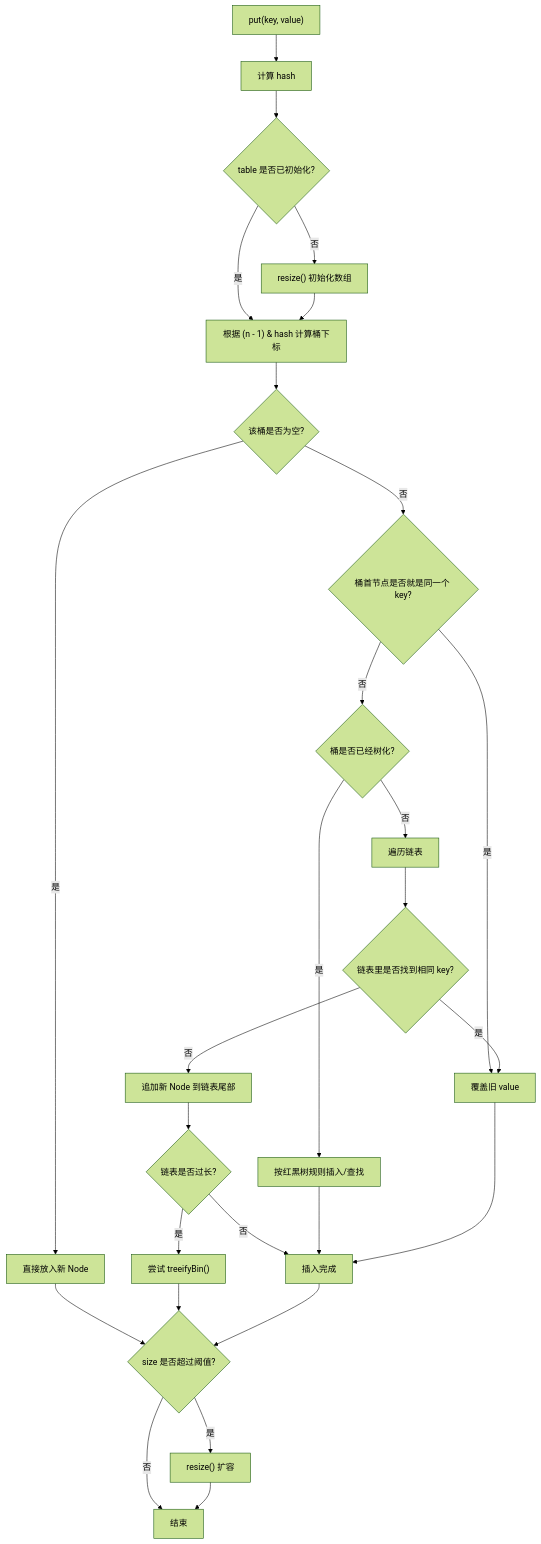
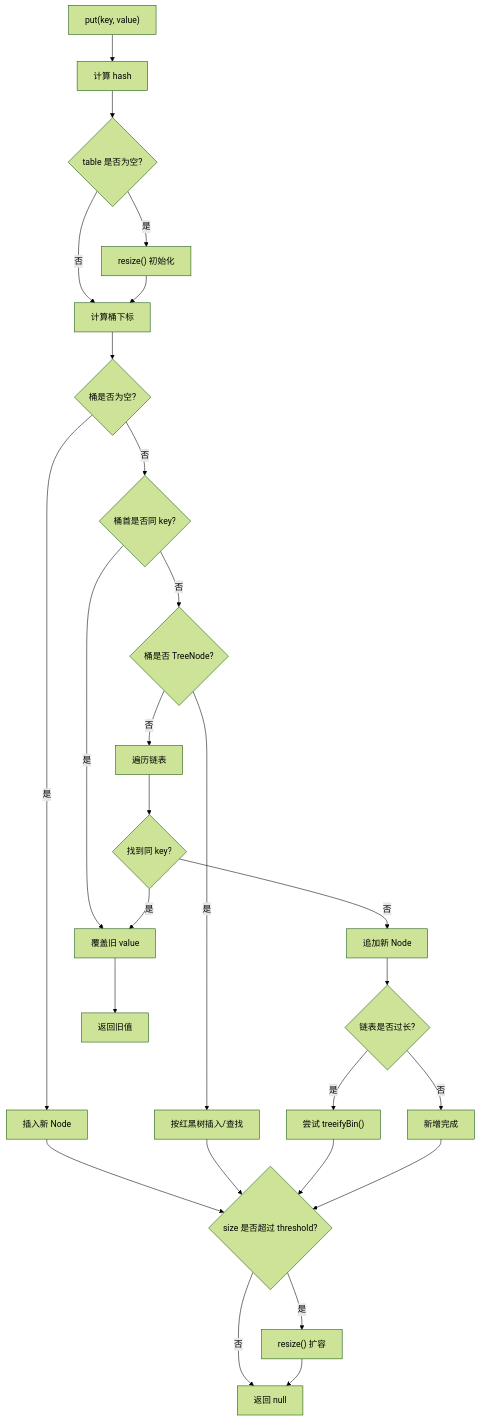
One commit to skt-shinyruo/java-learning changed the diagram in jdk/docs/hashmap.md. Above: the diagram before and after it, drawn with Mermaid (forest theme). The commit also changed other lines of this file and 4 other files, not shown here.

````diff
--- a/jdk/docs/hashmap.md
+++ b/jdk/docs/hashmap.md
@@ -171,29 +430,29 @@
 ```mermaid
 flowchart TD
     A["put(key, value)"] --> B["计算 hash"]
-    B --> C{"table 是否已初始化?"}
-    C -- "否" --> D["resize() 初始化数组"]
-    C -- "是" --> E["根据 (n - 1) & hash 计算桶下标"]
+    B --> C{"table 是否为空?"}
+    C -- "是" --> D["resize() 初始化"]
+    C -- "否" --> E["计算桶下标"]
     D --> E
-    E --> F{"该桶是否为空?"}
-    F -- "是" --> G["直接放入新 Node"]
-    F -- "否" --> H{"桶首节点是否就是同一个 key?"}
+    E --> F{"桶是否为空?"}
+    F -- "是" --> G["插入新 Node"]
+    F -- "否" --> H{"桶首是否同 key?"}
     H -- "是" --> I["覆盖旧 value"]
-    H -- "否" --> J{"桶是否已经树化?"}
-    J -- "是" --> K["按红黑树规则插入/查找"]
+    H -- "否" --> J{"桶是否 TreeNode?"}
+    J -- "是" --> K["按红黑树插入/查找"]
     J -- "否" --> L["遍历链表"]
-    L --> M{"链表里是否找到相同 key?"}
+    L --> M{"找到同 key?"}
     M -- "是" --> I
-    M -- "否" --> N["追加新 Node 到链表尾部"]
+    M -- "否" --> N["追加新 Node"]
     N --> O{"链表是否过长?"}
     O -- "是" --> P["尝试 treeifyBin()"]
-    O -- "否" --> Q["插入完成"]
-    K --> Q
-    G --> R{"size 是否超过阈值?"}
-    I --> Q
+    O -- "否" --> Q["新增完成"]
+    G --> R{"size 是否超过 threshold?"}
+    K --> R
     P --> R
     Q --> R
-    R -- "是" --> S["resize() 扩容"]
-    R -- "否" --> T["结束"]
-    S --> T
+    I --> S["返回旧值"]
+    R -- "是" --> T["resize() 扩容"]
+    R -- "否" --> U["返回 null"]
+    T --> U
 ```
````
